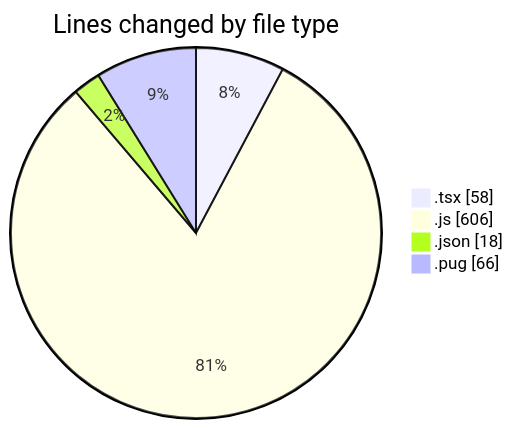
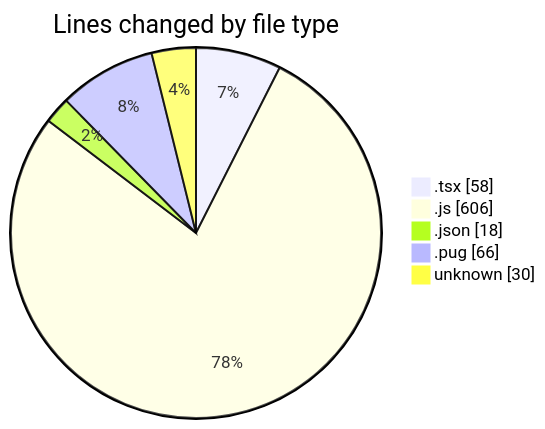
Before and after one commit to momahboobian/code-tracking: the first of 2 diagrams in 2025-03-07/cda/README.md, drawn with Mermaid. The commit also changed other lines of this file and 1 other file, not shown here.

````diff
--- a/2025-03-07/cda/README.md
+++ b/2025-03-07/cda/README.md
@@ -24,8 +25,9 @@
 ```mermaid
 pie showData
 title Lines changed by file type
 ".tsx" : 58
 ".js" : 606
 ".json" : 18
 ".pug" : 66
+"unknown" : 30
 ```
````
